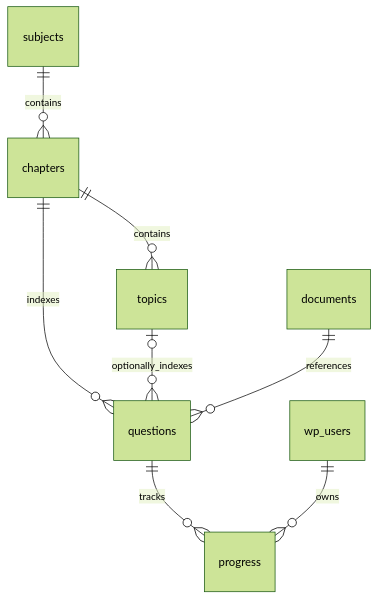
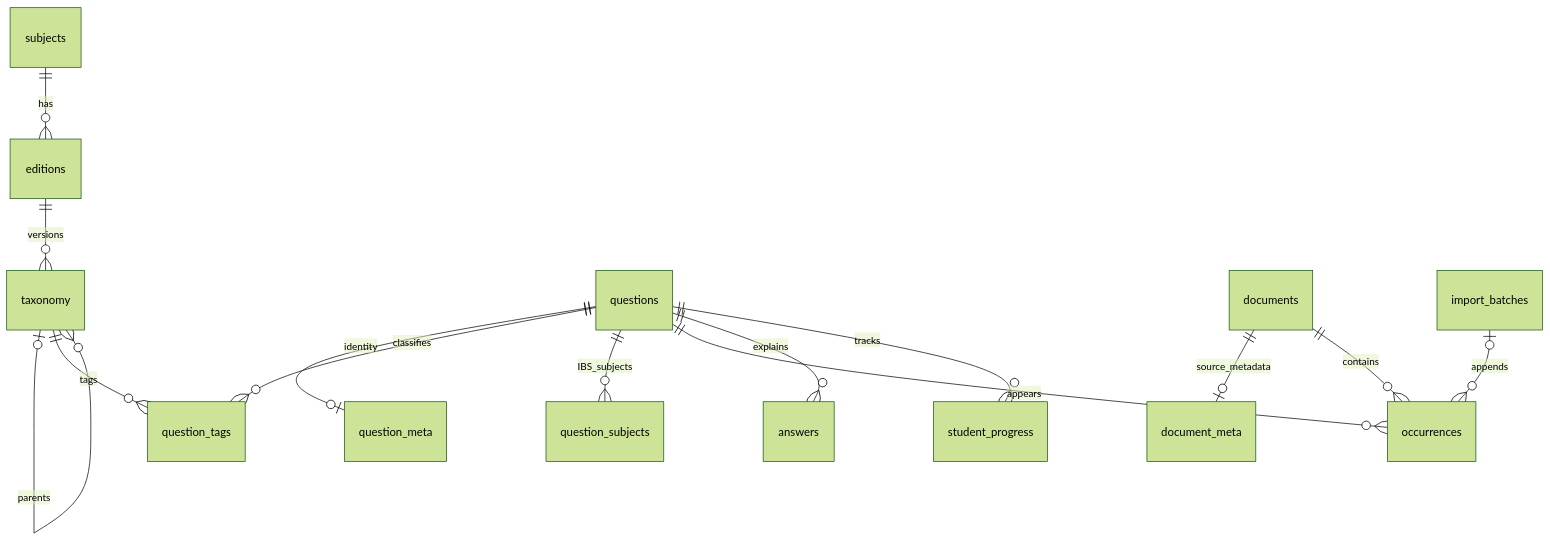
Before and after one commit to digitalmishu-arch/ca-final-command-center-wordpress: the diagram in docs/ARCHITECTURE.md, drawn with Mermaid (forest theme). The commit also changed other lines of this file and 38 other files, not shown here.

````diff
--- a/docs/ARCHITECTURE.md
+++ b/docs/ARCHITECTURE.md
@@ -26,10 +19,16 @@
 ```mermaid
 erDiagram
-    subjects ||--o{ chapters : contains
-    chapters ||--o{ topics : contains
-    chapters ||--o{ questions : indexes
-    topics o|--o{ questions : optionally_indexes
-    documents ||--o{ questions : references
-    questions ||--o{ progress : tracks
-    wp_users ||--o{ progress : owns
+    subjects ||--o{ editions : has
+    editions ||--o{ taxonomy : versions
+    taxonomy o|--o{ taxonomy : parents
+    questions ||--o| question_meta : identity
+    questions ||--o{ question_tags : classifies
+    taxonomy ||--o{ question_tags : tags
+    questions ||--o{ question_subjects : IBS_subjects
+    documents ||--o| document_meta : source_metadata
+    questions ||--o{ occurrences : appears
+    documents ||--o{ occurrences : contains
+    questions ||--o{ answers : explains
+    questions ||--o{ student_progress : tracks
+    import_batches o|--o{ occurrences : appends
 ```
````
